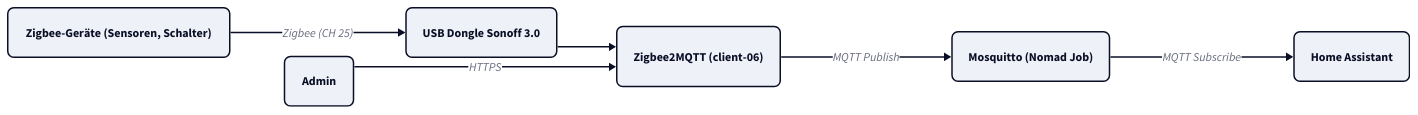
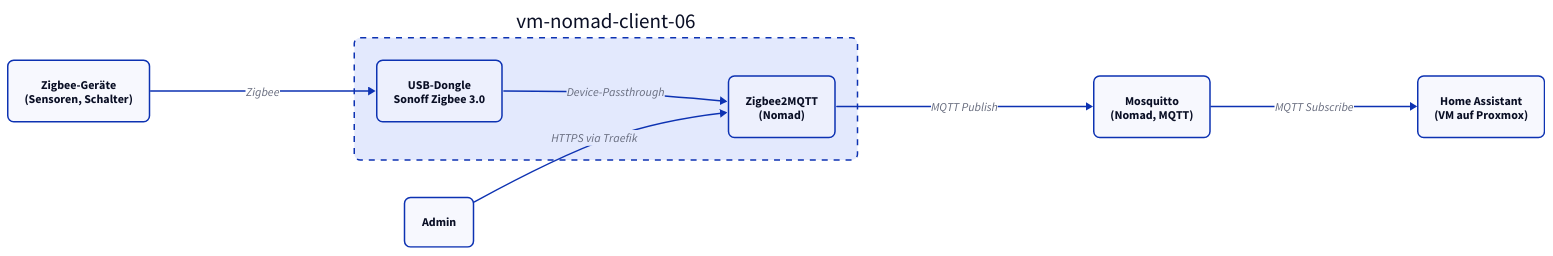
One commit to derever-labs/homelab-wiki changed the diagram in docs/iot-stack/index.md. Above: the diagram before and after it, drawn with D2. The commit also changed 7 other files, not shown here.

First line of the commit message:
docs(smart-home): Diagramme fuer TALA ueberarbeiten (Batch B6) (#98)

````diff
--- a/docs/iot-stack/index.md
+++ b/docs/iot-stack/index.md
@@ -34,22 +34,35 @@
 ```d2
-vars: {
-  d2-config: {
-    theme-id: 1
-    layout-engine: elk
+direction: right
+
+classes: {
+  node: {
+    style: {
+      border-radius: 8
+    }
+  }
+  container: {
+    style: {
+      border-radius: 8
+      stroke-dash: 4
+    }
   }
 }
-direction: right
 
-ZD: "Zigbee-Geräte (Sensoren, Schalter)" { style.border-radius: 8 }
-USB: "USB Dongle Sonoff 3.0" { style.border-radius: 8 }
-Z2M: "Zigbee2MQTT (client-06)" { style.border-radius: 8 }
-MQ: "Mosquitto (Nomad Job)" { style.border-radius: 8 }
-HA: "Home Assistant" { style.border-radius: 8 }
-Admin: Admin { style.border-radius: 8 }
+ZD: "Zigbee-Geräte\n(Sensoren, Schalter)" { class: node }
 
-ZD -> USB: "Zigbee (CH 25)"
-USB -> Z2M
-Z2M -> MQ: MQTT Publish
+C06: "vm-nomad-client-06" {
+  class: container
+  USB: "USB-Dongle\nSonoff Zigbee 3.0" { class: node }
+  Z2M: "Zigbee2MQTT\n(Nomad)" { class: node }
+  USB -> Z2M: Device-Passthrough
+}
+
+MQ: "Mosquitto\n(Nomad, MQTT)" { class: node }
+HA: "Home Assistant\n(VM auf Proxmox)" { class: node }
+Admin: "Admin" { class: node }
+
+ZD -> C06.USB: Zigbee
+C06.Z2M -> MQ: MQTT Publish
 MQ -> HA: MQTT Subscribe
-Admin -> Z2M: HTTPS
+Admin -> C06.Z2M: HTTPS via Traefik
 ```
````
